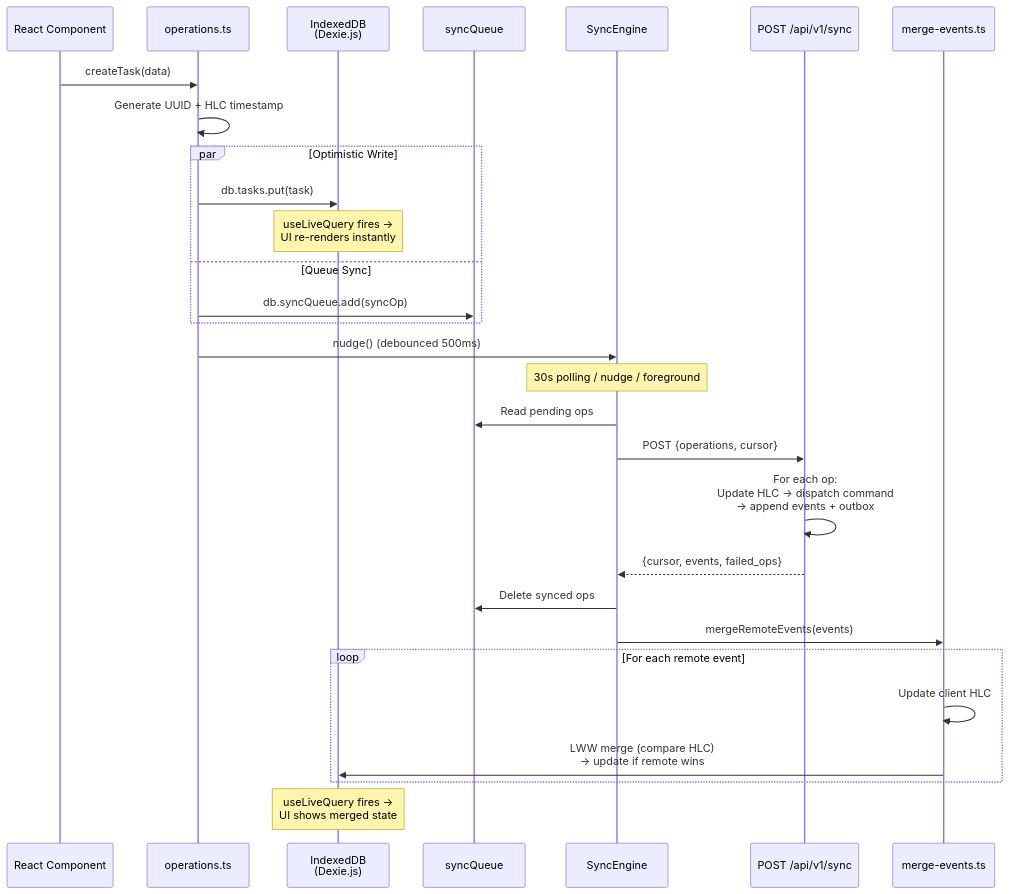
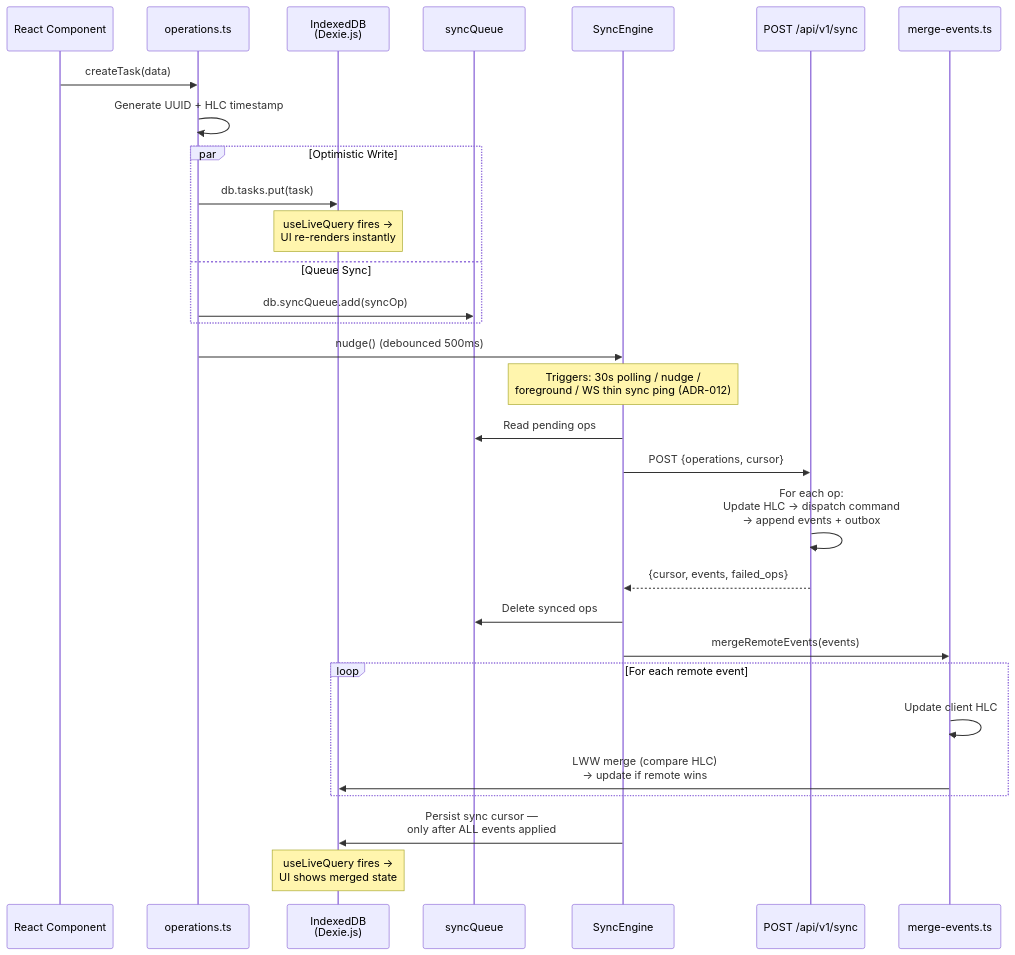
One commit to vasi1796/doit changed the first of 2 diagrams in docs/diagrams/003-offline-sync.md. Above: the diagram before and after it, drawn with Mermaid. The commit also changed other lines of this file and 22 other files, not shown here.

````diff
--- a/docs/diagrams/003-offline-sync.md
+++ b/docs/diagrams/003-offline-sync.md
@@ -5,40 +5,42 @@
 ```mermaid
 sequenceDiagram
     participant UI as React Component
     participant Ops as operations.ts
     participant IDB as IndexedDB<br/>(Dexie.js)
     participant SQ as syncQueue
     participant SE as SyncEngine
     participant API as POST /api/v1/sync
     participant Merge as merge-events.ts
 
     UI->>Ops: createTask(data)
     Ops->>Ops: Generate UUID + HLC timestamp
 
     par Optimistic Write
         Ops->>IDB: db.tasks.put(task)
         Note over IDB: useLiveQuery fires →<br/>UI re-renders instantly
     and Queue Sync
         Ops->>SQ: db.syncQueue.add(syncOp)
     end
 
     Ops->>SE: nudge() (debounced 500ms)
 
-    Note over SE: 30s polling / nudge / foreground
+    Note over SE: Triggers: 30s polling / nudge /<br/>foreground / WS thin sync ping (ADR-012)
 
     SE->>SQ: Read pending ops
     SE->>API: POST {operations, cursor}
     API->>API: For each op:<br/>Update HLC → dispatch command<br/>→ append events + outbox
 
     API-->>SE: {cursor, events, failed_ops}
 
     SE->>SQ: Delete synced ops
     SE->>Merge: mergeRemoteEvents(events)
 
     loop For each remote event
         Merge->>Merge: Update client HLC
         Merge->>IDB: LWW merge (compare HLC)<br/>→ update if remote wins
     end
 
+    SE->>IDB: Persist sync cursor —<br/>only after ALL events applied
+
     Note over IDB: useLiveQuery fires →<br/>UI shows merged state
 ```
````
